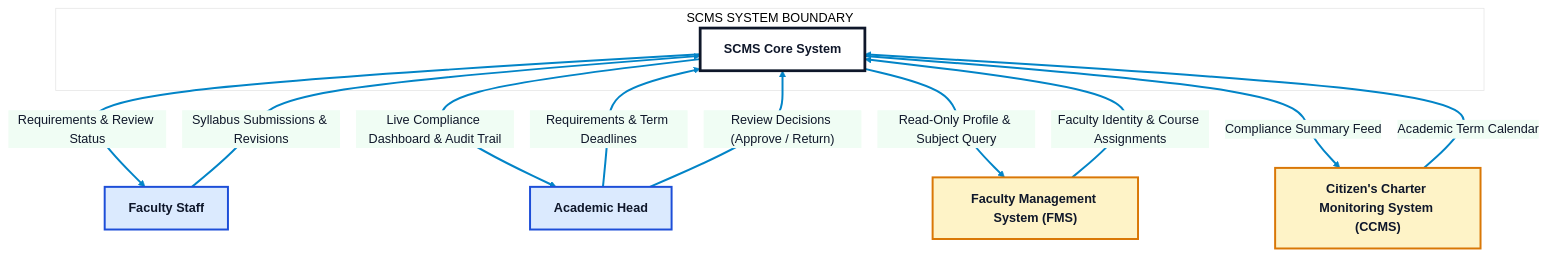
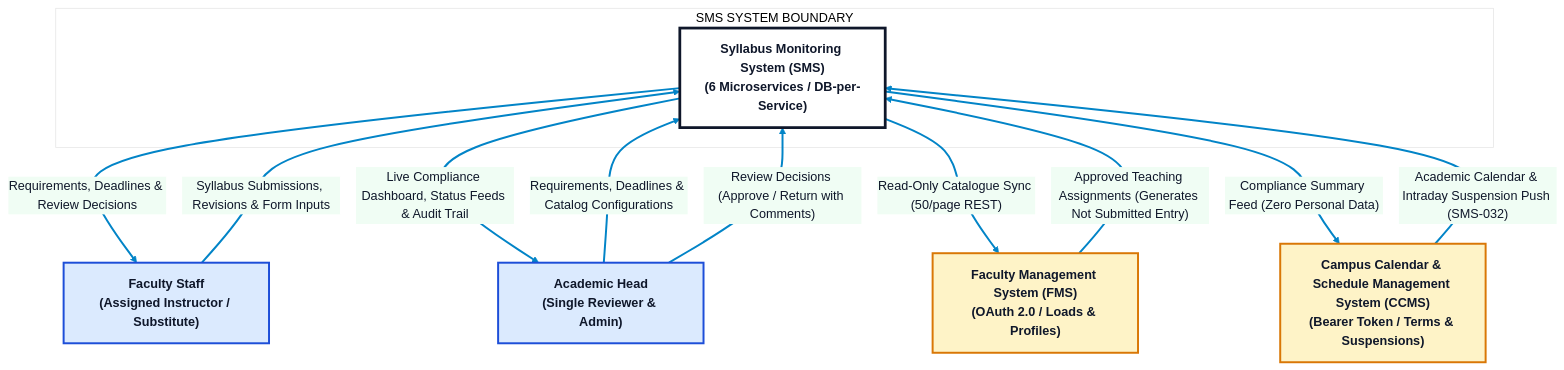
One commit to EducRodTablizo/Capstone-SCMS changed the second of 8 diagrams in docs/system_architecture_and_diagrams.md. Above: the diagram before and after it, drawn with Mermaid. The commit also changed other lines of this file and 33 other files, not shown here.

````diff
--- a/docs/system_architecture_and_diagrams.md
+++ b/docs/system_architecture_and_diagrams.md
@@ -132,35 +145,35 @@
 ```mermaid
 %%{init: {'theme': 'base', 'themeVariables': { 'darkMode': false, 'background': '#FFFFFF', 'primaryColor': '#EFF6FF', 'primaryTextColor': '#0F172A', 'primaryBorderColor': '#1E293B', 'lineColor': '#0284C7', 'secondaryColor': '#F0FDF4', 'tertiaryColor': '#FFFFFF' }}}%%
 flowchart TB
     classDef actorNode fill:#DBEAFE,stroke:#1D4ED8,stroke-width:2.5px,color:#0F172A,font-weight:bold;
     classDef systemNode fill:#FFFFFF,stroke:#0F172A,stroke-width:3.5px,color:#0F172A,font-weight:bold;
     classDef extSysNode fill:#FEF3C7,stroke:#D97706,stroke-width:2.5px,color:#0F172A,font-weight:bold;
 
-    subgraph Boundary [" SCMS SYSTEM BOUNDARY "]
-        SCMS["SCMS Core System"]:::systemNode
+    subgraph Boundary [" SMS SYSTEM BOUNDARY "]
+        SMS["Syllabus Monitoring System (SMS)<br/>(6 Microservices / DB-per-Service)"]:::systemNode
     end
 
     %% Human User Roles (Two Roles Only)
-    Faculty["Faculty Staff"]:::actorNode
-    AcadHead["Academic Head"]:::actorNode
+    Faculty["Faculty Staff<br/>(Assigned Instructor / Substitute)"]:::actorNode
+    AcadHead["Academic Head<br/>(Single Reviewer & Admin)"]:::actorNode
 
     %% External Campus Systems
-    FMS["Faculty Management System (FMS)"]:::extSysNode
-    CCMS["Citizen's Charter Monitoring System (CCMS)"]:::extSysNode
+    FMS["Faculty Management System (FMS)<br/>(OAuth 2.0 / Loads & Profiles)"]:::extSysNode
+    CCMS["Campus Calendar & Schedule Management System (CCMS)<br/>(Bearer Token / Terms & Suspensions)"]:::extSysNode
 
     %% Interactions
-    Faculty -- "Syllabus Submissions & Revisions" --> SCMS
-    SCMS -- "Requirements & Review Status" --> Faculty
+    Faculty -- "Syllabus Submissions, Revisions & Form Inputs" --> SMS
+    SMS -- "Requirements, Deadlines & Review Decisions" --> Faculty
 
-    AcadHead -- "Requirements & Term Deadlines" --> SCMS
-    AcadHead -- "Review Decisions (Approve / Return)" --> SCMS
-    SCMS -- "Live Compliance Dashboard & Audit Trail" --> AcadHead
+    AcadHead -- "Requirements, Deadlines & Catalog Configurations" --> SMS
+    AcadHead -- "Review Decisions (Approve / Return with Comments)" --> SMS
+    SMS -- "Live Compliance Dashboard, Status Feeds & Audit Trail" --> AcadHead
 
-    SCMS -- "Read-Only Profile & Subject Query" --> FMS
-    FMS -- "Faculty Identity & Course Assignments" --> SCMS
+    SMS -- "Read-Only Catalogue Sync (50/page REST)" --> FMS
+    FMS -- "Approved Teaching Assignments (Generates Not Submitted Entry)" --> SMS
 
-    CCMS -- "Academic Term Calendar" --> SCMS
-    SCMS -- "Compliance Summary Feed" --> CCMS
+    CCMS -- "Academic Calendar & Intraday Suspension Push (SMS-032)" --> SMS
+    SMS -- "Compliance Summary Feed (Zero Personal Data)" --> CCMS
 
     linkStyle default stroke:#0284C7,stroke-width:2.5px;
 ```
````
